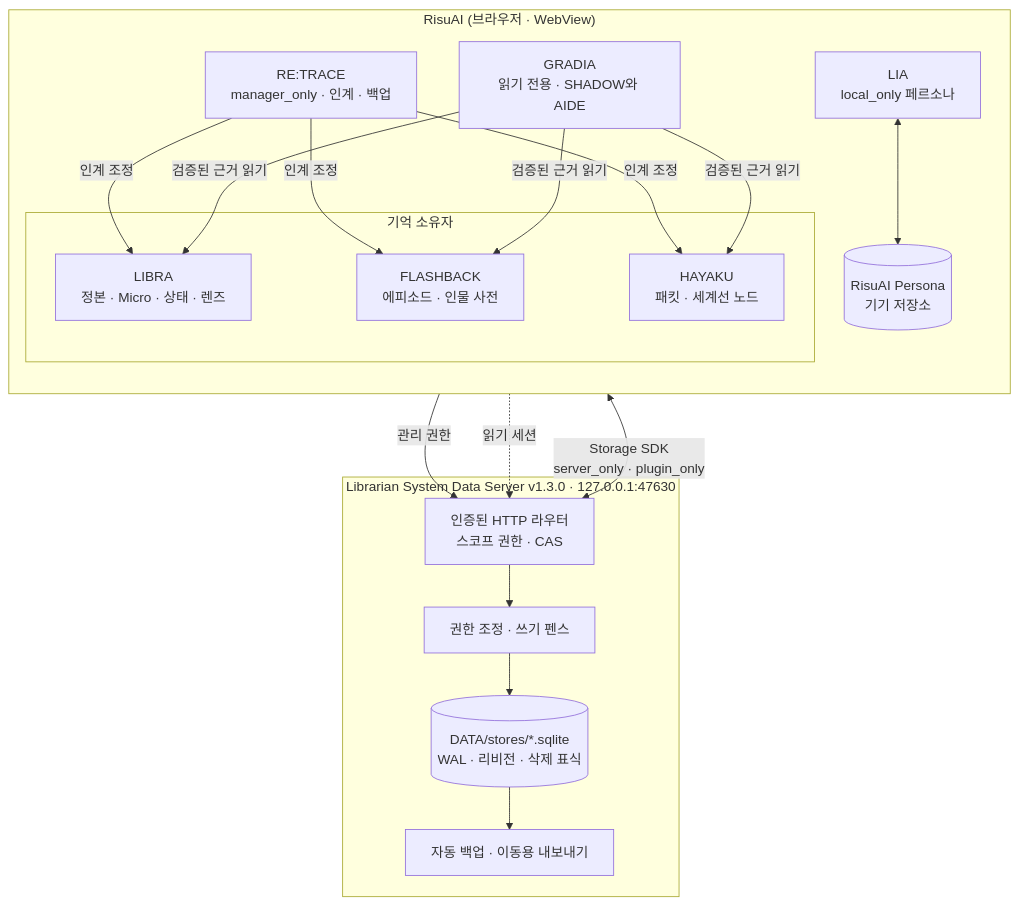
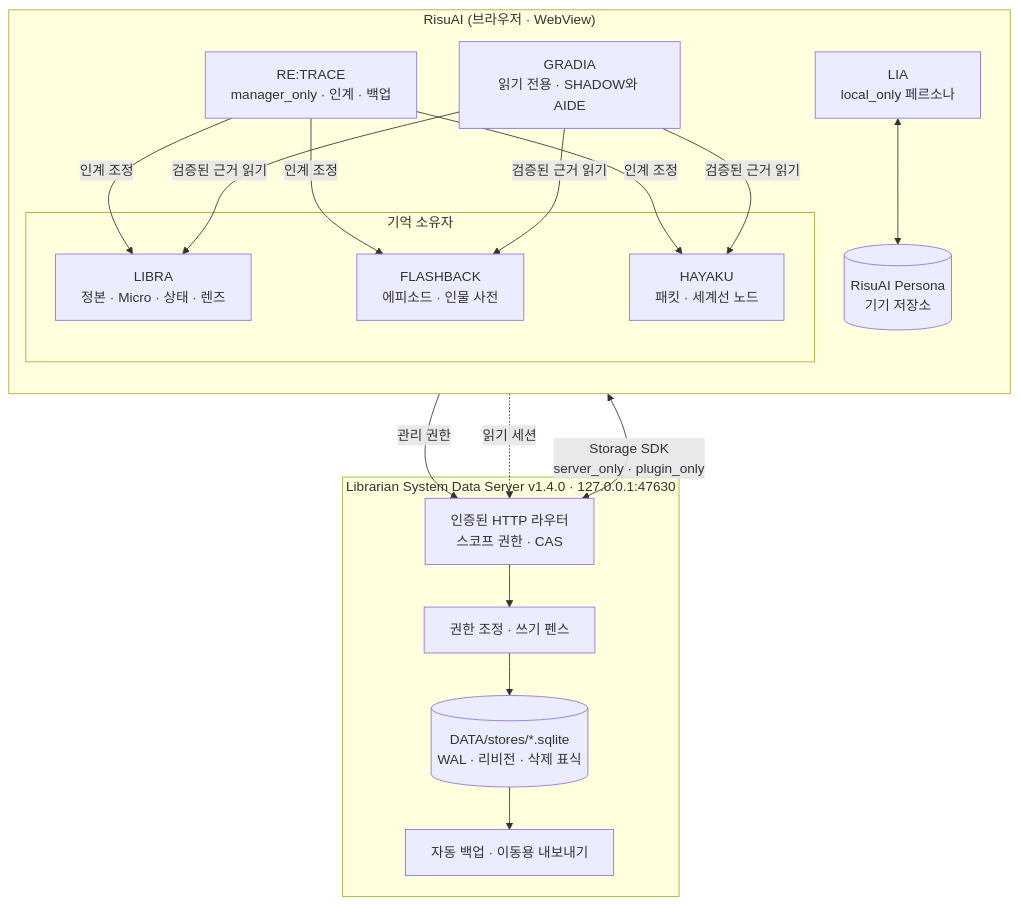
Before and after one commit to rusinus12-droid/Librarian-System: the diagram in README.md, drawn with Mermaid. The commit also changed other lines of this file and 13 other files, not shown here.

````diff
--- a/README.md
+++ b/README.md
@@ -62,31 +62,31 @@
 ```mermaid
 flowchart TB
     subgraph Host["RisuAI (브라우저 · WebView)"]
         direction TB
         subgraph Owners["기억 소유자"]
             LIBRA["LIBRA<br/>정본 · Micro · 상태 · 렌즈"]
             FB["FLASHBACK<br/>에피소드 · 인물 사전"]
             HAYAKU["HAYAKU<br/>패킷 · 세계선 노드"]
         end
         LIA["LIA<br/>local_only 페르소나"]
         Persona[("RisuAI Persona<br/>기기 저장소")]
         LIA <--> Persona
         RETRACE["RE:TRACE<br/>manager_only · 인계 · 백업"]
         RETRACE -->|인계 조정| LIBRA & FB & HAYAKU
         GRADIA["GRADIA<br/>읽기 전용 · SHADOW와 AIDE"]
         GRADIA -->|검증된 근거 읽기| LIBRA & FB & HAYAKU
     end
 
-    subgraph Server["Librarian System Data Server v1.3.0 · 127.0.0.1:47630"]
+    subgraph Server["Librarian System Data Server v1.4.0 · 127.0.0.1:47630"]
         Router["인증된 HTTP 라우터<br/>스코프 권한 · CAS"]
         Coord["권한 조정 · 쓰기 펜스"]
         SQLite[("DATA/stores/*.sqlite<br/>WAL · 리비전 · 삭제 표식")]
         Backup["자동 백업 · 이동용 내보내기"]
         Router --> Coord --> SQLite
         SQLite --> Backup
     end
 
     Owners <-->|"Storage SDK<br/>server_only · plugin_only"| Router
     RETRACE -->|관리 권한| Router
     GRADIA -.->|읽기 세션| Router
 ```
````
